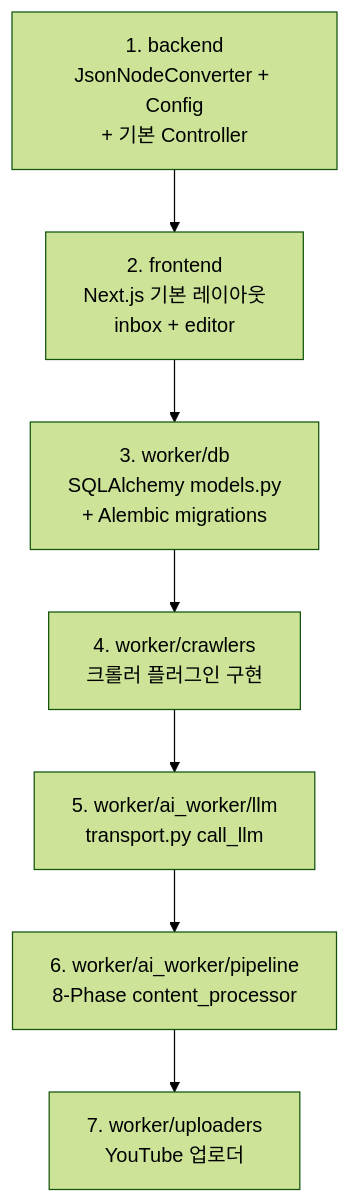
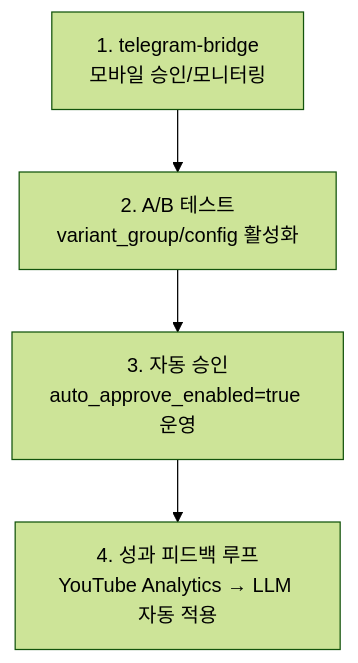
The diagram in docs/implementation-status.md (Justant-source/WaggleBot), drawn with Mermaid (forest theme) before and after one commit. The commit also changed other lines of this file and 6 other files, not shown here.

````diff
--- a/docs/implementation-status.md
+++ b/docs/implementation-status.md
@@ -167,10 +174,7 @@
 ```mermaid
 flowchart TD
-    A[1. backend<br/>JsonNodeConverter + Config<br/>+ 기본 Controller] --> B
-    B[2. frontend<br/>Next.js 기본 레이아웃<br/>inbox + editor] --> C
-    C[3. worker/db<br/>SQLAlchemy models.py<br/>+ Alembic migrations] --> D
-    D[4. worker/crawlers<br/>크롤러 플러그인 구현] --> E
-    E[5. worker/ai_worker/llm<br/>transport.py call_llm] --> F
-    F[6. worker/ai_worker/pipeline<br/>8-Phase content_processor] --> G
-    G[7. worker/uploaders<br/>YouTube 업로더]
+    A[1. telegram-bridge<br/>모바일 승인/모니터링] --> B
+    B[2. A/B 테스트<br/>variant_group/config 활성화] --> C
+    C[3. 자동 승인<br/>auto_approve_enabled=true 운영] --> D
+    D[4. 성과 피드백 루프<br/>YouTube Analytics → LLM 자동 적용]
 ```
````
